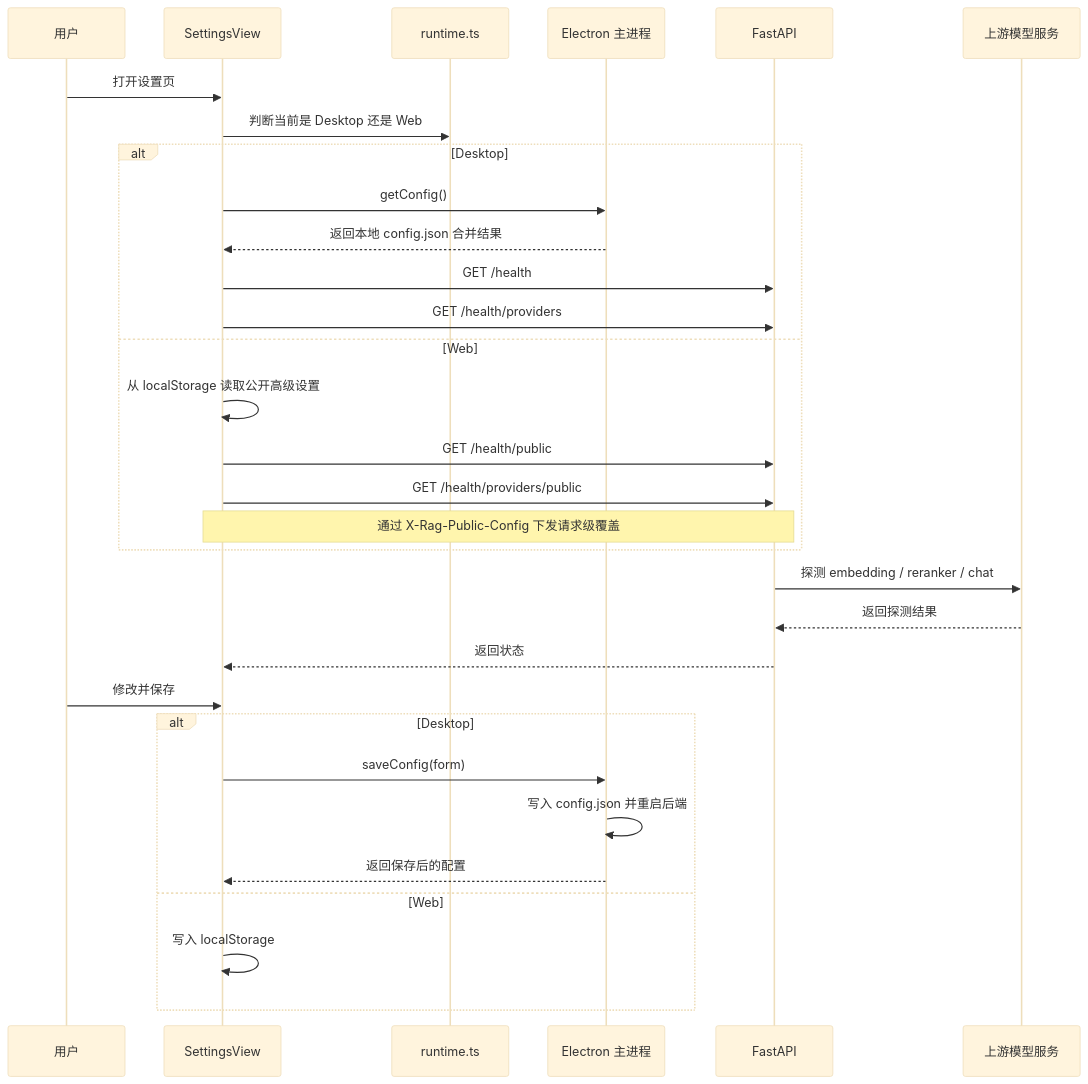
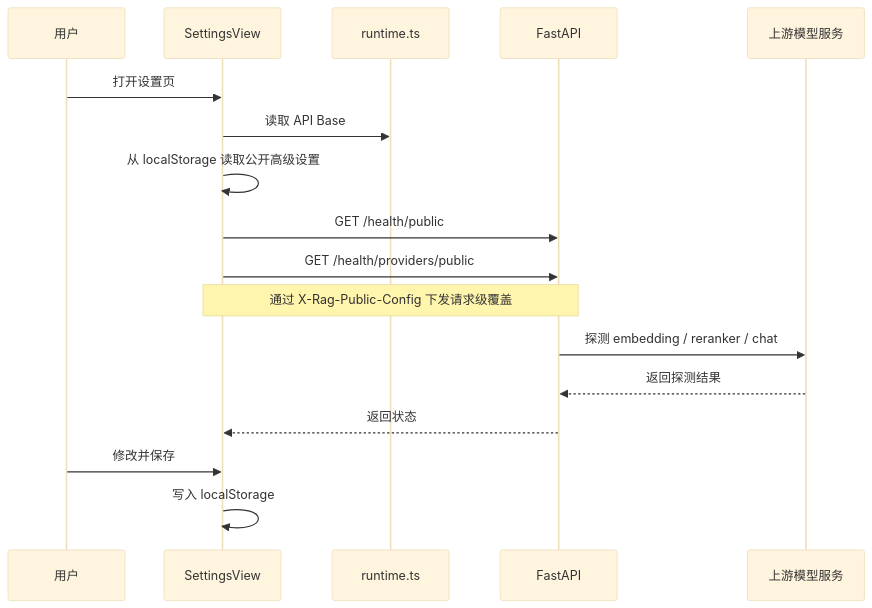
One commit to emotion-exit/rag-agent changed the second of 7 diagrams in docs/项目执行流程分析.md. Above: the diagram before and after it, drawn with Mermaid (base theme). The commit also changed other lines of this file and 18 other files, not shown here.

````diff
--- a/docs/项目执行流程分析.md
+++ b/docs/项目执行流程分析.md
@@ -101,37 +91,22 @@
 ```mermaid
 sequenceDiagram
     participant User as 用户
     participant FE as SettingsView
     participant Runtime as runtime.ts
-    participant Main as Electron 主进程
     participant API as FastAPI
     participant Upstream as 上游模型服务
 
     User->>FE: 打开设置页
-    FE->>Runtime: 判断当前是 Desktop 还是 Web
-
-    alt Desktop
-      FE->>Main: getConfig()
-      Main-->>FE: 返回本地 config.json 合并结果
-      FE->>API: GET /health
-      FE->>API: GET /health/providers
-    else Web
-      FE->>FE: 从 localStorage 读取公开高级设置
-      FE->>API: GET /health/public
-      FE->>API: GET /health/providers/public
-      Note over FE,API: 通过 X-Rag-Public-Config 下发请求级覆盖
-    end
+    FE->>Runtime: 读取 API Base
+    FE->>FE: 从 localStorage 读取公开高级设置
+    FE->>API: GET /health/public
+    FE->>API: GET /health/providers/public
+    Note over FE,API: 通过 X-Rag-Public-Config 下发请求级覆盖
 
     API->>Upstream: 探测 embedding / reranker / chat
     Upstream-->>API: 返回探测结果
     API-->>FE: 返回状态
 
     User->>FE: 修改并保存
-    alt Desktop
-      FE->>Main: saveConfig(form)
-      Main->>Main: 写入 config.json 并重启后端
-      Main-->>FE: 返回保存后的配置
-    else Web
-      FE->>FE: 写入 localStorage
-    end
+    FE->>FE: 写入 localStorage
 ```
````
